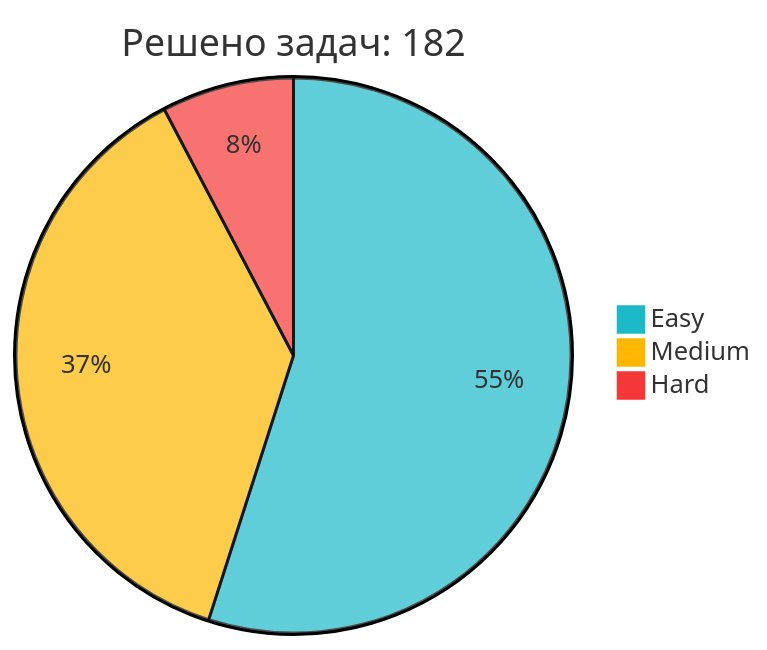
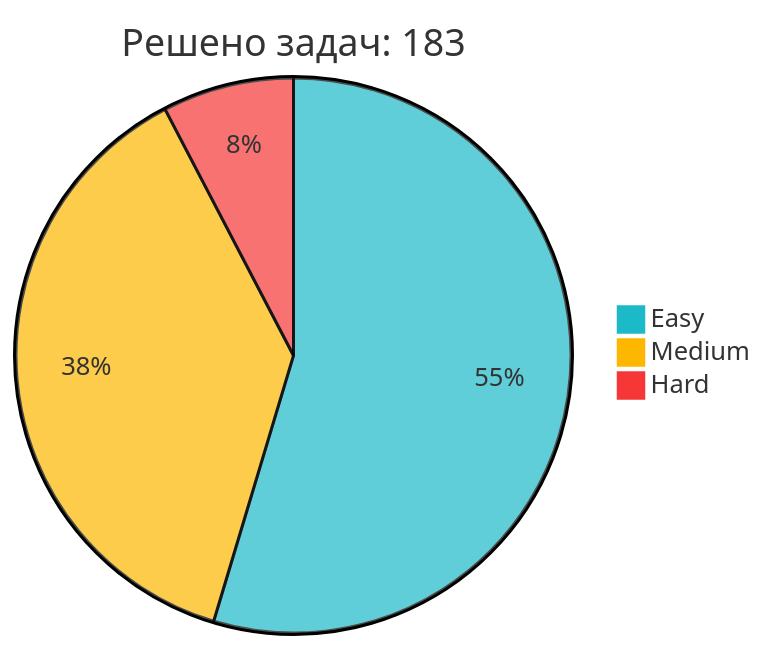
The diagram in README.md (IliaKurdukov/IliaKurdukov), drawn with Mermaid before and after one commit. The commit also changed other lines of this file, not shown here.

Commit message:
📈 Обновление статистики LeetCode

````diff
--- a/README.md
+++ b/README.md
@@ -51,7 +51,7 @@
 ```mermaid
 %%{init: {'theme': 'base', 'themeVariables': { 'pie1': '#1CBAC8', 'pie2': '#FEB700', 'pie3': '#F63737' }, 'config': {'width': 300, 'height': 200}}}%%
-pie title Решено задач: 182
+pie title Решено задач: 183
    "Easy" : 100
-   "Medium" : 68
+   "Medium" : 69
    "Hard" : 14
 ```
````
